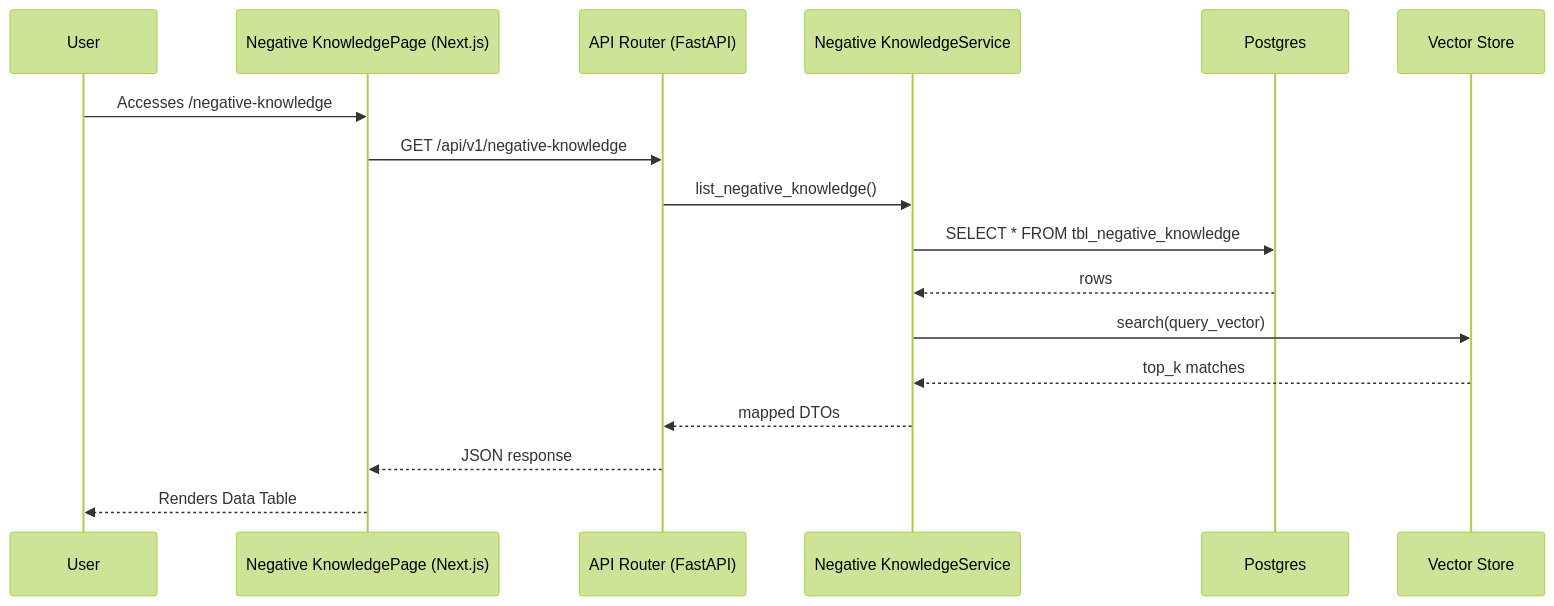
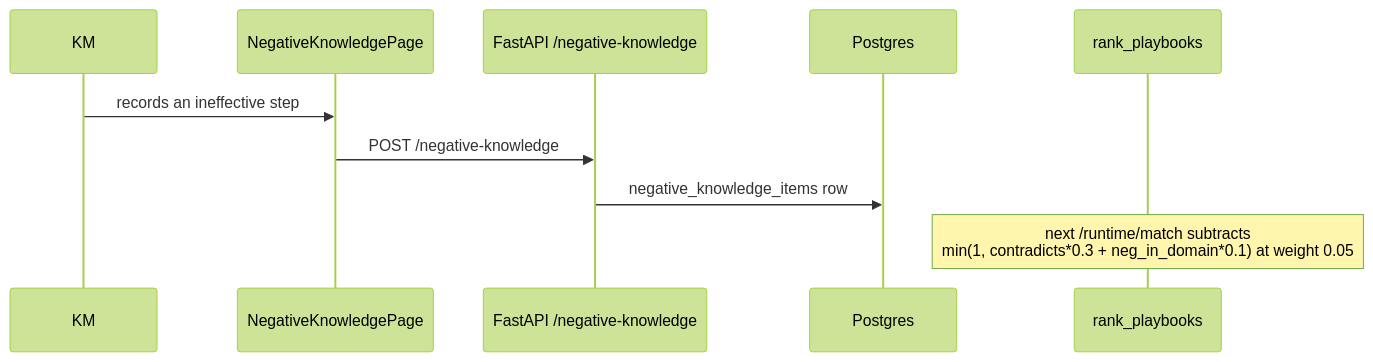
Before and after one commit to Valuedx/ContextEdge: diagram 15 of 26 in docs/11_UI_Tabs_Explanation.md, drawn with Mermaid (forest theme). The commit also changed other lines of this file and 48 other files, not shown here.

````diff
--- a/docs/11_UI_Tabs_Explanation.md
+++ b/docs/11_UI_Tabs_Explanation.md
@@ -1269,20 +1442,13 @@
 ```mermaid
 sequenceDiagram
-    participant User
-    participant Frontend as Negative KnowledgePage (Next.js)
-    participant API as API Router (FastAPI)
-    participant Service as Negative KnowledgeService
+    participant KM
+    participant Page as NegativeKnowledgePage
+    participant API as FastAPI /negative-knowledge
     participant DB as Postgres
-    participant Vector as Vector Store
-    
-    User->>Frontend: Accesses /negative-knowledge
-    Frontend->>API: GET /api/v1/negative-knowledge
-    API->>Service: list_negative_knowledge()
-    Service->>DB: SELECT * FROM tbl_negative_knowledge
-    DB-->>Service: rows
-    Service->>Vector: search(query_vector)
-    Vector-->>Service: top_k matches
-    Service-->>API: mapped DTOs
-    API-->>Frontend: JSON response
-    Frontend-->>User: Renders Data Table
+    participant Rank as rank_playbooks
+
+    KM->>Page: records an ineffective step
+    Page->>API: POST /negative-knowledge
+    API->>DB: negative_knowledge_items row
+    Note over Rank: next /runtime/match subtracts<br/>min(1, contradicts*0.3 + neg_in_domain*0.1) at weight 0.05
 ```
````
